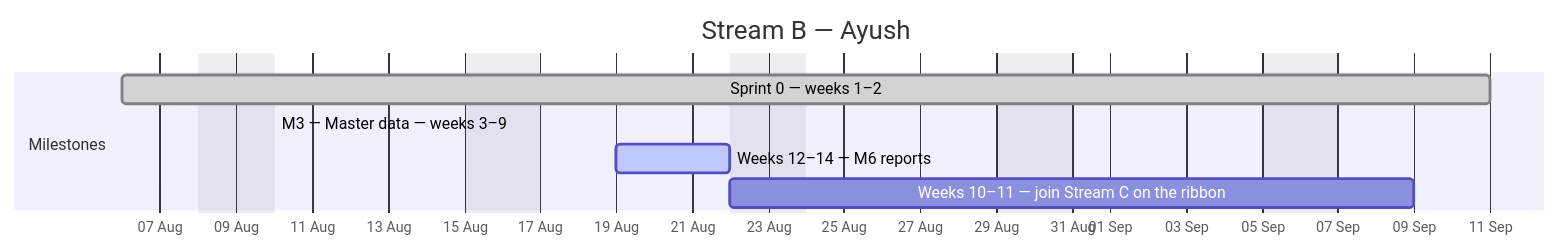
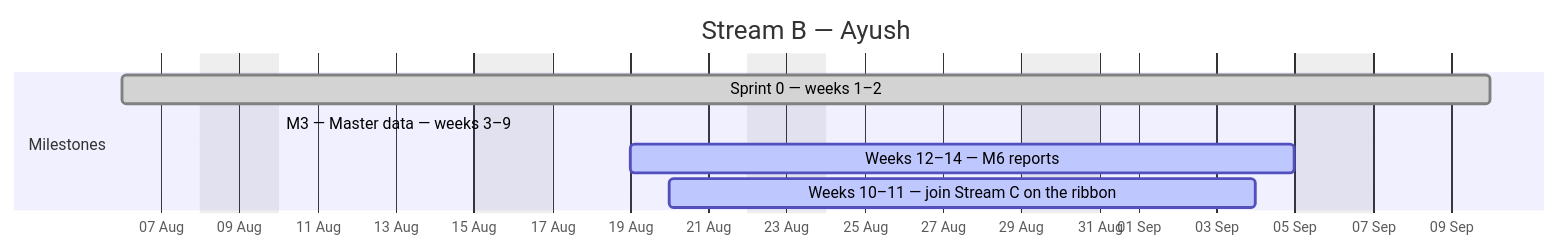
The second of 4 diagrams in docs/plan/GANTT.md (debashisedunext/EduTrack), drawn with Mermaid before and after one commit. The commit also changed other lines of this file and 3 other files, not shown here.

````diff
--- a/docs/plan/GANTT.md
+++ b/docs/plan/GANTT.md
@@ -104,12 +104,12 @@
 ```mermaid
 gantt
     dateFormat YYYY-MM-DD
     axisFormat %d %b
     title Stream B — Ayush
     excludes weekends
     section Milestones
-    Sprint 0 — weeks 1–2 :done, b0, 2026-08-06, 26d
-    M3 — Master data — weeks 3–9 :active, b1, 2026-08-10, -5d
-    Weeks 12–14 — M6 reports :active, b2, 2026-08-19, 3d
-    Weeks 10–11 — join Stream C on the ribbon :b3, 2026-08-22, 13d
+    Sprint 0 — weeks 1–2 :done, b0, 2026-08-06, 25d
+    M3 — Master data — weeks 3–9 :active, b1, 2026-08-10, -7d
+    Weeks 12–14 — M6 reports :active, b2, 2026-08-19, 13d
+    Weeks 10–11 — join Stream C on the ribbon :active, b3, 2026-08-20, 11d
 ```
````
